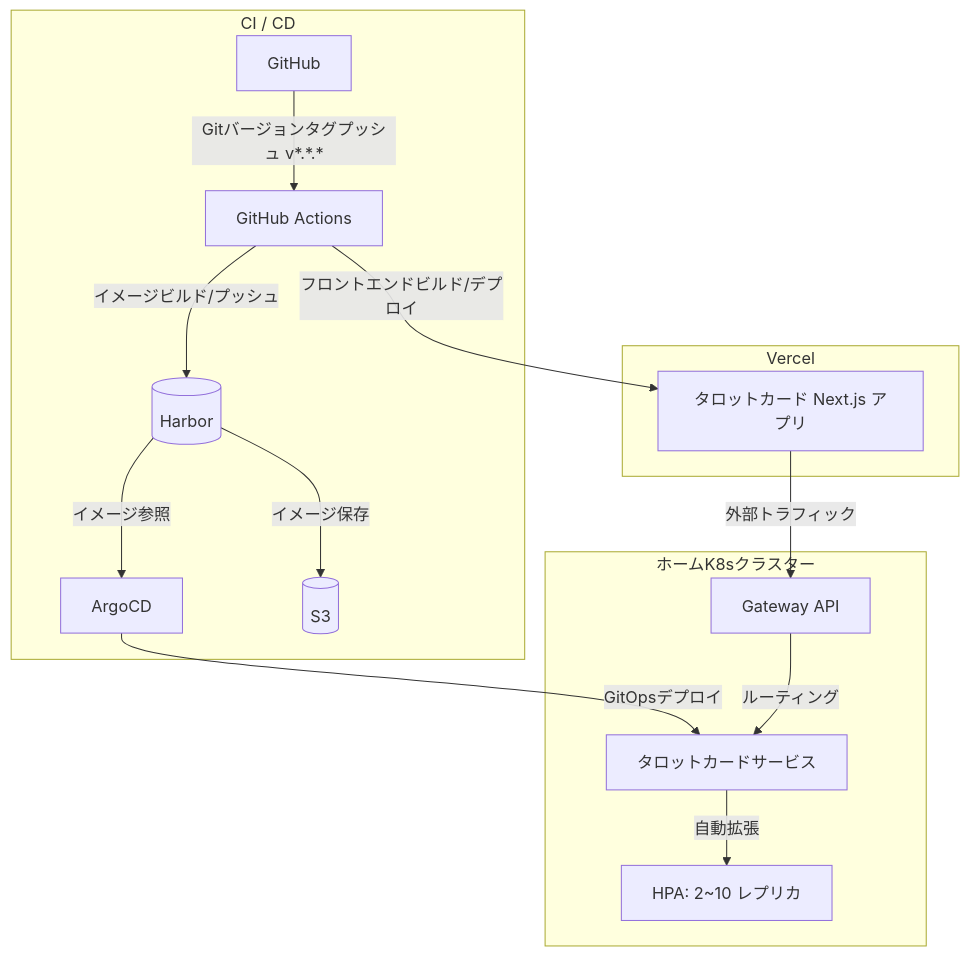
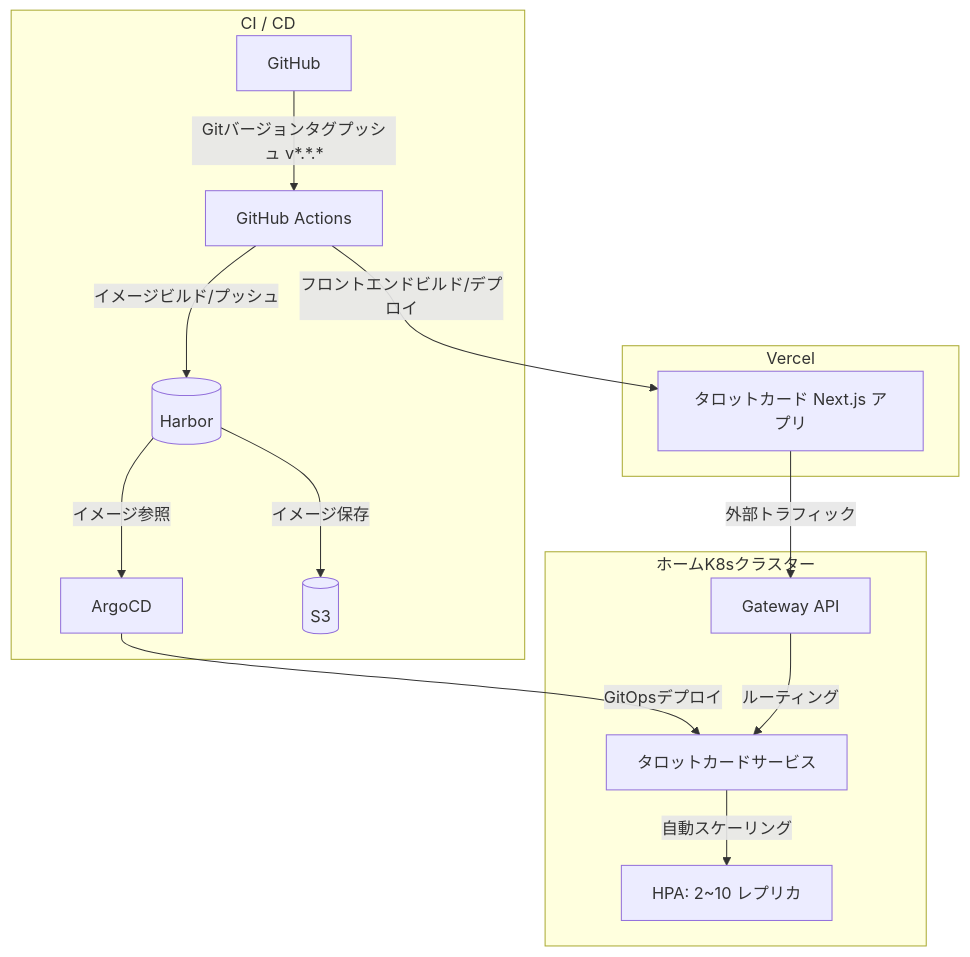
One commit to mandacode-labs/mandacode-devs changed the third of 3 diagrams in src/content/blog/tarot-deep-dive/ja.md. Above: the diagram before and after it, drawn with Mermaid. The commit also changed other lines of this file and 28 other files, not shown here.

````diff
--- a/src/content/blog/tarot-deep-dive/ja.md
+++ b/src/content/blog/tarot-deep-dive/ja.md
@@ -98,36 +90,35 @@
 ```mermaid
 flowchart TD
     subgraph Front["Vercel"]
         Vercel[タロットカード Next.js アプリ]
     end
 
     subgraph CICD["CI / CD"]
         GH[GitHub]
         Actions[GitHub Actions]
         Harbor[(Harbor)]
         ArgoCD[ArgoCD]
         S3[(S3)]
     end
 
     subgraph K8s["ホームK8sクラスター"]
         GW[Gateway API]
         Service[タロットカードサービス]
         HPA[HPA: 2~10 レプリカ]
     end
 
     %% デプロイパイプラインの流れ
     GH -->|Gitバージョンタグプッシュ v*.*.*| Actions
     Actions -->|イメージビルド/プッシュ| Harbor
     Harbor -->|イメージ保存| S3
     Harbor -->|イメージ参照| ArgoCD
     ArgoCD -->|GitOpsデプロイ| Service
 
     %% フロントエンドパイプラインの流れ
     Actions -->|フロントエンドビルド/デプロイ| Vercel
 
     %% トラフィックの流れ
     Vercel --> |外部トラフィック| GW
     GW -->|ルーティング| Service
-    Service -->|自動拡張| HPA
-
+    Service -->|自動スケーリング| HPA
 ```
````
